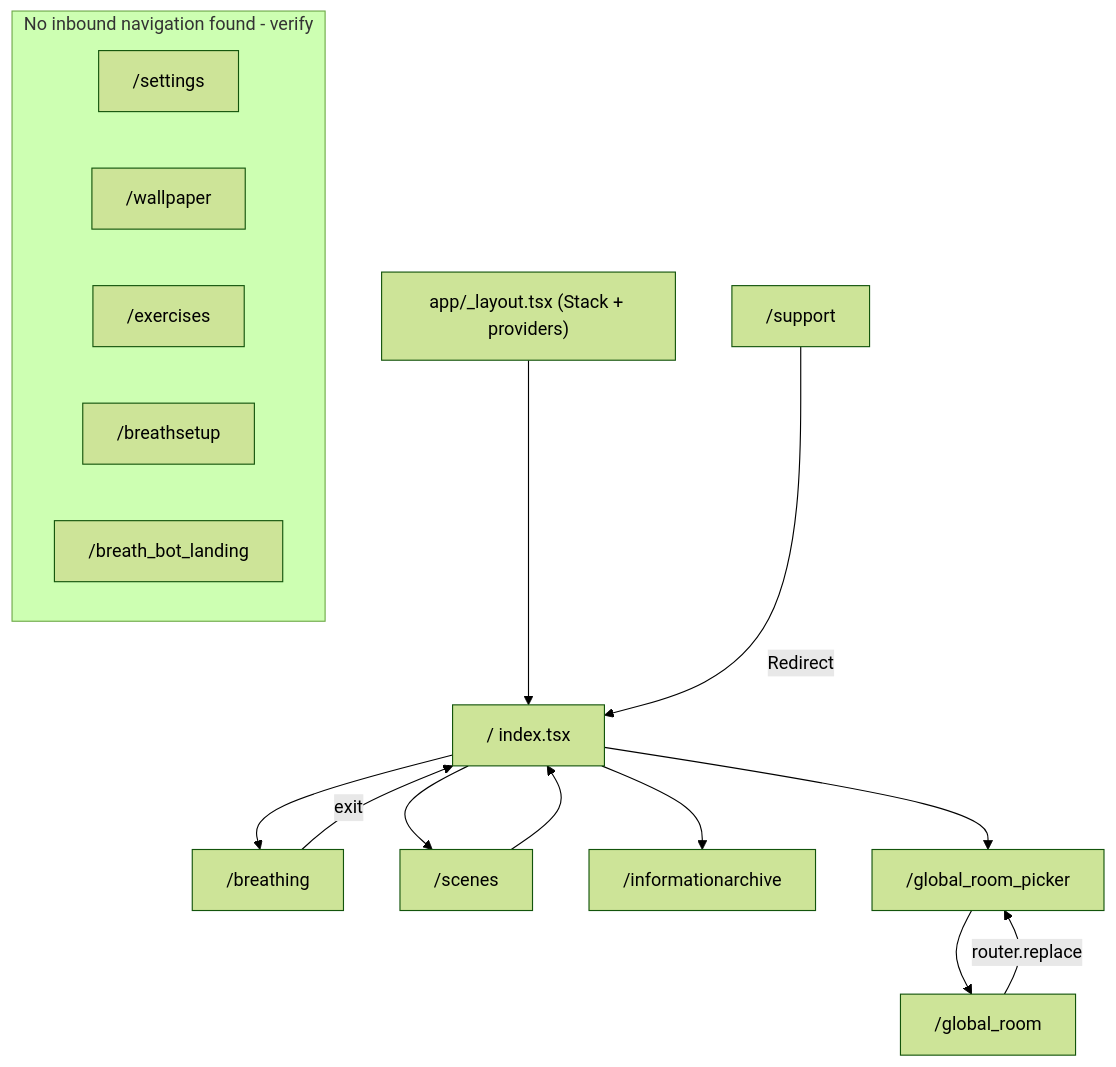
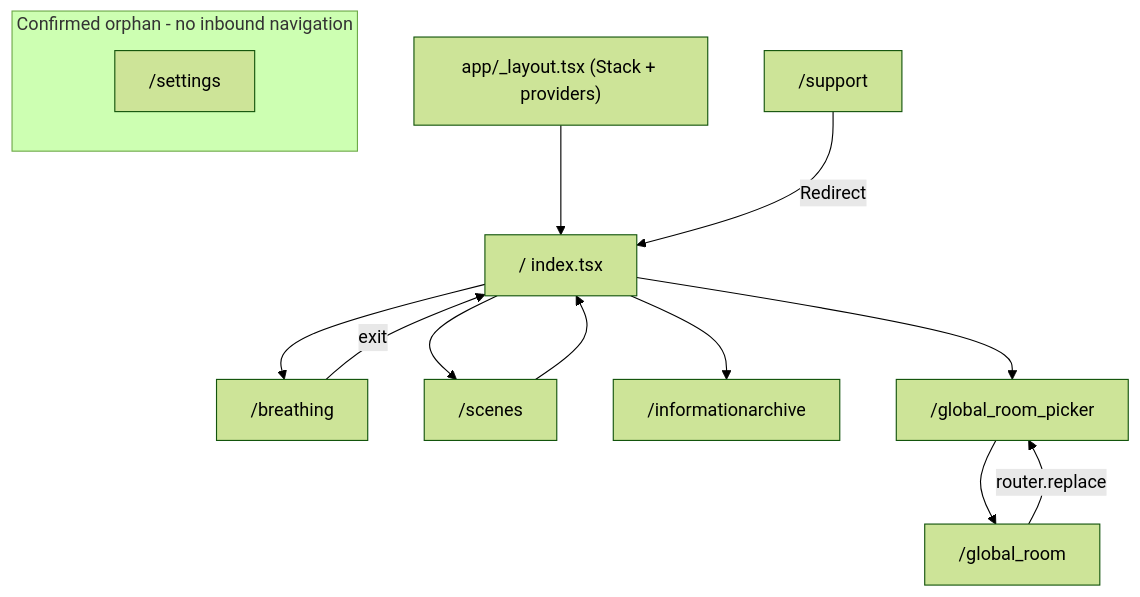
One commit to michael-d-abraham/JustBreatheBro changed the first of 4 diagrams in docs/ARCHITECTURE.md. Above: the diagram before and after it, drawn with Mermaid (forest theme). The commit also changed other lines of this file and 10 other files, not shown here.

````diff
--- a/docs/ARCHITECTURE.md
+++ b/docs/ARCHITECTURE.md
@@ -126,21 +110,17 @@
 ```mermaid
 flowchart TD
   rootLayout["app/_layout.tsx (Stack + providers)"] --> home["/ index.tsx"]
   home --> breathing["/breathing"]
   home --> scenes["/scenes"]
   home --> archive["/informationarchive"]
   home --> roomPicker["/global_room_picker"]
   scenes --> home
   roomPicker --> room["/global_room"]
   room -->|"router.replace"| roomPicker
   breathing -->|"exit"| home
   support["/support"] -->|"Redirect"| home
 
-  subgraph orphans [No inbound navigation found - verify]
+  subgraph orphans [Confirmed orphan - no inbound navigation]
     settingsRoute["/settings"]
-    wallpaperRoute["/wallpaper"]
-    exercisesRoute["/exercises"]
-    breathsetupRoute["/breathsetup"]
-    botLanding["/breath_bot_landing"]
   end
 ```
````
